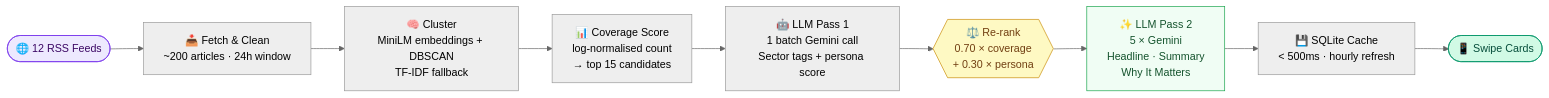
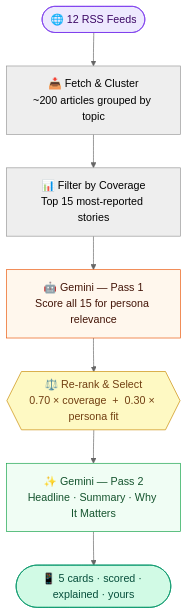
The diagram in README.md (Anoniehere/news-that-matters), drawn with Mermaid (neutral theme) before and after one commit. The commit also changed 1 other file, not shown here.

Commit message:
docs: simplify Mermaid flowchart — TD, 7 nodes, 2 lines max per node
LR 9-node verbose diagram → TD 7-node readable flow:
- Removed LR orientation (too wide, overflows on any normal screen)
- 9 nodes → 7 (merged cache+app into output terminal, removed sub-labels)
- 3-4 lines per node → max 2 lines (prose explains the details)
- Removed all technical jargon from inside nodes (feedparser, APScheduler etc.)
- Clear colour coding: purple=input, orange=LLM Pass 1, yellow=re-rank, green=LLM Pass 2, teal=output

````diff
--- a/README.md
+++ b/README.md
@@ -44,19 +44,18 @@
 ```mermaid
-flowchart LR
+flowchart TD
     A(["🌐 12 RSS Feeds"])
-    B["📥 Fetch & Clean\n~200 articles · 24h window"]
-    C["🧠 Cluster\nMiniLM embeddings + DBSCAN\nTF-IDF fallback"]
-    D["📊 Coverage Score\nlog-normalised count\n→ top 15 candidates"]
-    E["🤖 LLM Pass 1\n1 batch Gemini call\nSector tags + persona score"]
-    F{{"⚖️ Re-rank\n0.70 × coverage\n+ 0.30 × persona"}}
-    G["✨ LLM Pass 2\n5 × Gemini\nHeadline · Summary\nWhy It Matters"]
-    H["💾 SQLite Cache\n< 500ms · hourly refresh"]
-    I(["📱 Swipe Cards"])
+    B["📥 Fetch & Cluster\n~200 articles grouped by topic"]
+    C["📊 Filter by Coverage\nTop 15 most-reported stories"]
+    D["🤖 Gemini — Pass 1\nScore all 15 for persona relevance"]
+    E{{"⚖️ Re-rank & Select\n0.70 × coverage  +  0.30 × persona fit"}}
+    F["✨ Gemini — Pass 2\nHeadline · Summary · Why It Matters"]
+    G(["📱 5 cards · scored · explained · yours"])
 
-    A --> B --> C --> D --> E --> F --> G --> H --> I
+    A --> B --> C --> D --> E --> F --> G
 
     style A fill:#ede9fe,stroke:#7c3aed,color:#3b0764
-    style F fill:#fef9c3,stroke:#ca8a04,color:#713f12
-    style G fill:#f0fdf4,stroke:#16a34a,color:#14532d
-    style I fill:#d1fae5,stroke:#059669,color:#064e3b
+    style D fill:#fff7ed,stroke:#ea580c,color:#431407
+    style E fill:#fef9c3,stroke:#ca8a04,color:#713f12
+    style F fill:#f0fdf4,stroke:#16a34a,color:#14532d
+    style G fill:#d1fae5,stroke:#059669,color:#064e3b
 ```
````
